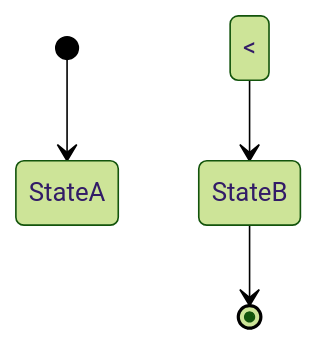
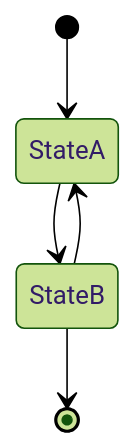
One commit to oreximus/learnings changed the third of 3 diagrams in InformationTechnology/WebDevelopment/redis.md. Above: the diagram before and after it, drawn with Mermaid (forest theme).

Commit message:
[nb] Edit: InformationTechnology/WebDevelopment/redis.md

````diff
--- a/InformationTechnology/WebDevelopment/redis.md
+++ b/InformationTechnology/WebDevelopment/redis.md
@@ -70,6 +70,7 @@
 ```mermaid
 stateDiagram-v2
     [*] --> StateA
-    StateA <--> StateB
+    StateA --> StateB
+    StateB --> StateA
     StateB --> [*]
 ```
````
